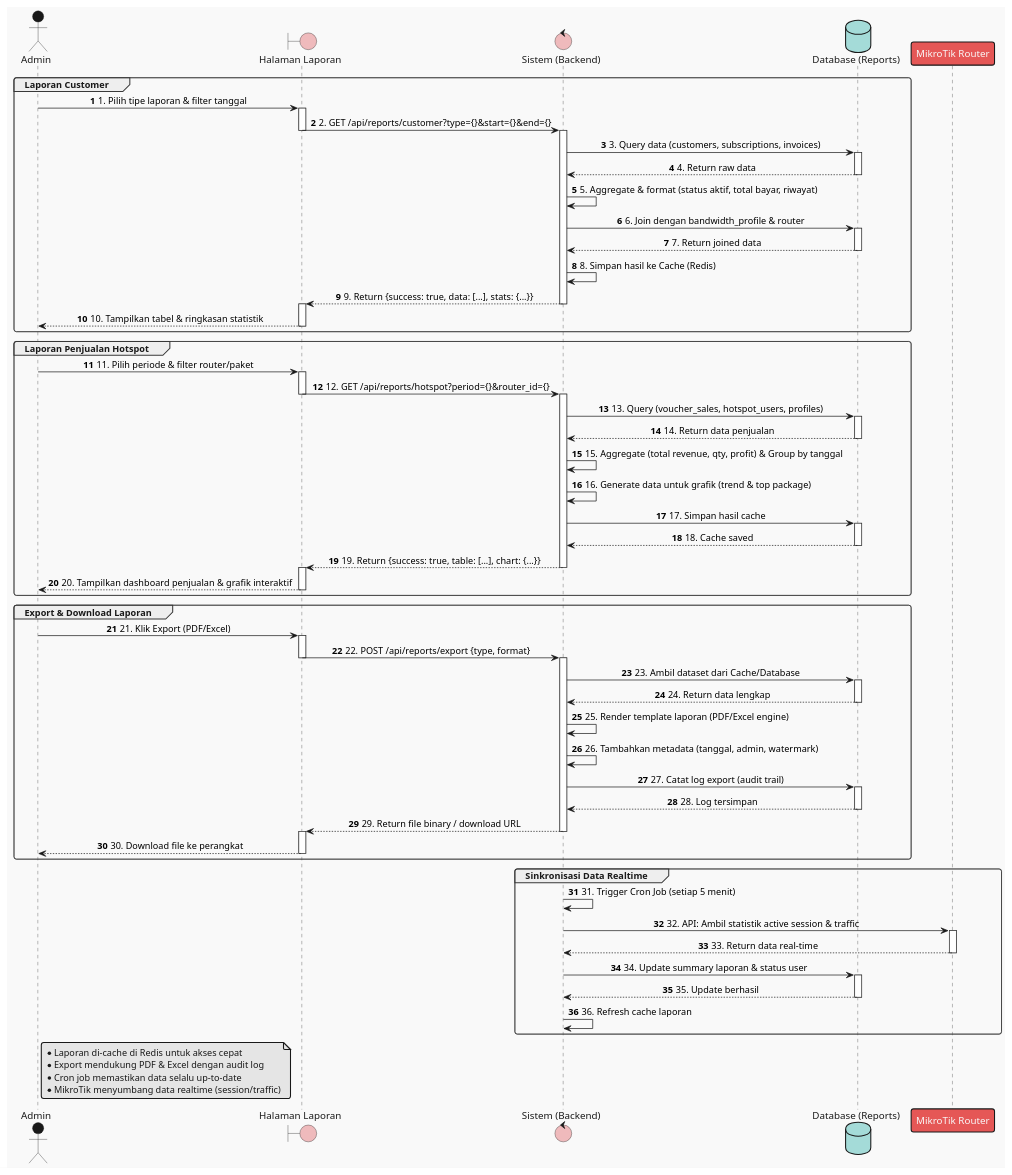
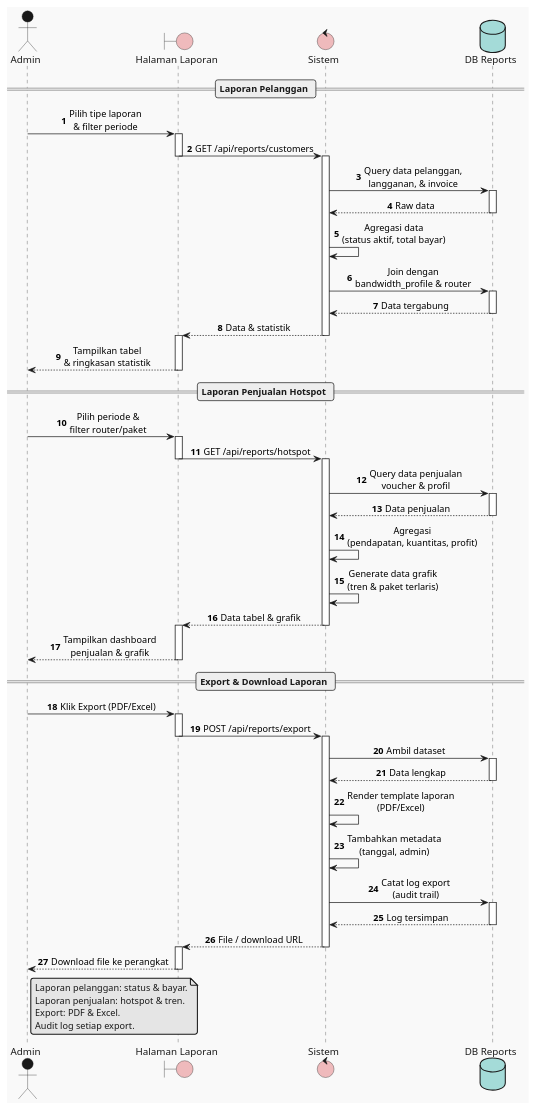
The diagram in diagram/sequence/09_report.puml (quiqxiq/mikmongo), drawn with PlantUML before and after one commit. The commit also changed 31 other files, not shown here.

```diff
--- a/diagram/sequence/09_report.puml
+++ b/diagram/sequence/09_report.puml
@@ -1,116 +1,91 @@
 @startuml
 !theme mars
 autonumber
 skinparam sequenceMessageAlign center
 
-' Definisi Partisipan
 actor "Admin" as User
 boundary "Halaman Laporan" as UI
-control "Sistem (Backend)" as System
-database "Database (Reports)" as DB
-participant "MikroTik Router" as MT
+control "Sistem" as System
+database "DB Reports" as DB
 
-' ================= FLOW 1: LAPORAN CUSTOMER =================
-group Laporan Customer
-    User -> UI : 1. Pilih tipe laporan & filter tanggal
-    activate UI
-    UI -> System : 2. GET /api/reports/customer?type={}&start={}&end={}
-    deactivate UI
-    activate System
-    
-    System -> DB : 3. Query data (customers, subscriptions, invoices)
-    activate DB
-    DB --> System : 4. Return raw data
-    deactivate DB
-    
-    System -> System : 5. Aggregate & format (status aktif, total bayar, riwayat)
-    System -> DB : 6. Join dengan bandwidth_profile & router
-    activate DB
-    DB --> System : 7. Return joined data
-    deactivate DB
-    
-    System -> System : 8. Simpan hasil ke Cache (Redis)
-    System --> UI : 9. Return {success: true, data: [...], stats: {...}}
-    deactivate System
-    activate UI
-    UI --> User : 10. Tampilkan tabel & ringkasan statistik
-    deactivate UI
-end
+== Laporan Pelanggan ==
 
-' ================= FLOW 2: LAPORAN PENJUALAN HOTSPOT =================
-group Laporan Penjualan Hotspot
-    User -> UI : 11. Pilih periode & filter router/paket
-    activate UI
-    UI -> System : 12. GET /api/reports/hotspot?period={}&router_id={}
-    deactivate UI
-    activate System
-    
-    System -> DB : 13. Query (voucher_sales, hotspot_users, profiles)
-    activate DB
-    DB --> System : 14. Return data penjualan
-    deactivate DB
-    
-    System -> System : 15. Aggregate (total revenue, qty, profit) & Group by tanggal
-    System -> System : 16. Generate data untuk grafik (trend & top package)
-    System -> DB : 17. Simpan hasil cache
-    activate DB
-    DB --> System : 18. Cache saved
-    deactivate DB
-    
-    System --> UI : 19. Return {success: true, table: [...], chart: {...}}
-    deactivate System
-    activate UI
-    UI --> User : 20. Tampilkan dashboard penjualan & grafik interaktif
-    deactivate UI
-end
+User -> UI : Pilih tipe laporan\n& filter periode
+activate UI
+UI -> System : GET /api/reports/customers
+deactivate UI
+activate System
 
-' ================= FLOW 3: EXPORT & DOWNLOAD =================
-group Export & Download Laporan
-    User -> UI : 21. Klik Export (PDF/Excel)
-    activate UI
-    UI -> System : 22. POST /api/reports/export {type, format}
-    deactivate UI
-    activate System
-    
-    System -> DB : 23. Ambil dataset dari Cache/Database
-    activate DB
-    DB --> System : 24. Return data lengkap
-    deactivate DB
-    
-    System -> System : 25. Render template laporan (PDF/Excel engine)
-    System -> System : 26. Tambahkan metadata (tanggal, admin, watermark)
-    System -> DB : 27. Catat log export (audit trail)
-    activate DB
-    DB --> System : 28. Log tersimpan
-    deactivate DB
-    
-    System --> UI : 29. Return file binary / download URL
-    deactivate System
-    activate UI
-    UI --> User : 30. Download file ke perangkat
-    deactivate UI
-end
+System -> DB : Query data pelanggan,\nlangganan, & invoice
+activate DB
+DB --> System : Raw data
+deactivate DB
 
-' ================= FLOW 4: SINKRONISASI REALTIME (CRON) =================
-group Sinkronisasi Data Realtime
-    System -> System : 31. Trigger Cron Job (setiap 5 menit)
-    System -> MT : 32. API: Ambil statistik active session & traffic
-    activate MT
-    MT --> System : 33. Return data real-time
-    deactivate MT
-    
-    System -> DB : 34. Update summary laporan & status user
-    activate DB
-    DB --> System : 35. Update berhasil
-    deactivate DB
-    System -> System : 36. Refresh cache laporan
-end
+System -> System : Agregasi data\n(status aktif, total bayar)
+System -> DB : Join dengan\nbandwidth_profile & router
+activate DB
+DB --> System : Data tergabung
+deactivate DB
+
+System --> UI : Data & statistik
+deactivate System
+activate UI
+UI --> User : Tampilkan tabel\n& ringkasan statistik
+deactivate UI
+
+== Laporan Penjualan Hotspot ==
+
+User -> UI : Pilih periode &\nfilter router/paket
+activate UI
+UI -> System : GET /api/reports/hotspot
+deactivate UI
+activate System
+
+System -> DB : Query data penjualan\nvoucher & profil
+activate DB
+DB --> System : Data penjualan
+deactivate DB
+
+System -> System : Agregasi\n(pendapatan, kuantitas, profit)
+System -> System : Generate data grafik\n(tren & paket terlaris)
+
+System --> UI : Data tabel & grafik
+deactivate System
+activate UI
+UI --> User : Tampilkan dashboard\npenjualan & grafik
+deactivate UI
+
+== Export & Download Laporan ==
+
+User -> UI : Klik Export (PDF/Excel)
+activate UI
+UI -> System : POST /api/reports/export
+deactivate UI
+activate System
+
+System -> DB : Ambil dataset
+activate DB
+DB --> System : Data lengkap
+deactivate DB
+
+System -> System : Render template laporan\n(PDF/Excel)
+System -> System : Tambahkan metadata\n(tanggal, admin)
+System -> DB : Catat log export\n(audit trail)
+activate DB
+DB --> System : Log tersimpan
+deactivate DB
+
+System --> UI : File / download URL
+deactivate System
+activate UI
+UI --> User : Download file ke perangkat
+deactivate UI
 
 note right of User
-  * Laporan di-cache di Redis untuk akses cepat
-  * Export mendukung PDF & Excel dengan audit log
-  * Cron job memastikan data selalu up-to-date
-  * MikroTik menyumbang data realtime (session/traffic)
+  Laporan pelanggan: status & bayar.
+  Laporan penjualan: hotspot & tren.
+  Export: PDF & Excel.
+  Audit log setiap export.
 end note
 
 @enduml
```
